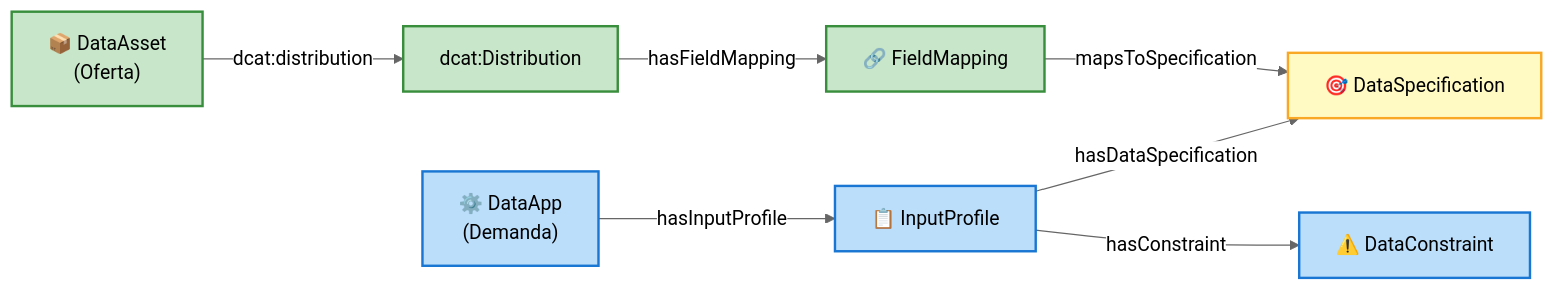
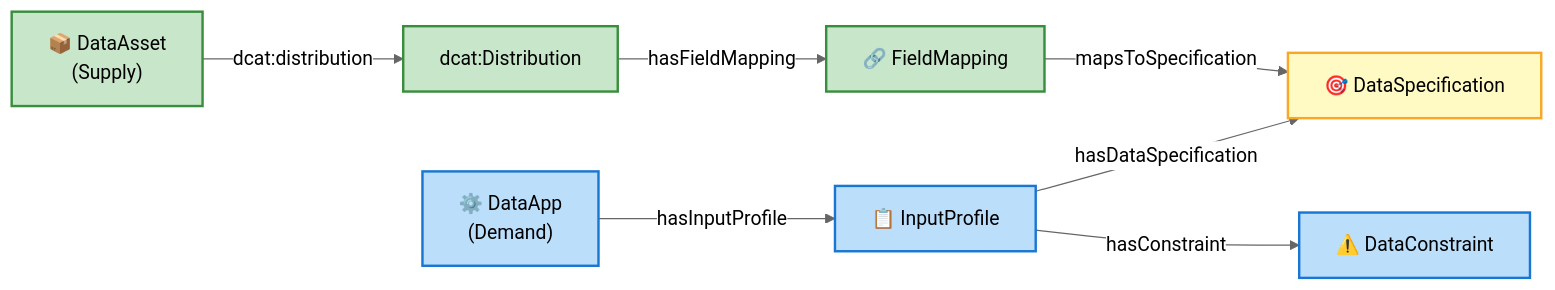
The third of 3 diagrams in docs/ONTOLOGY_OVERVIEW_DIAGRAM_ES.md (KhaosResearch/EDAAnOWL), drawn with Mermaid (neutral theme) before and after one commit. The commit also changed other lines of this file and 3 other files, not shown here.

````diff
--- a/docs/ONTOLOGY_OVERVIEW_DIAGRAM_ES.md
+++ b/docs/ONTOLOGY_OVERVIEW_DIAGRAM_ES.md
@@ -78,27 +97,27 @@
 ```mermaid
 flowchart LR
     classDef supply fill:#c8e6c9,stroke:#388e3c,stroke-width:2px
     classDef demand fill:#bbdefb,stroke:#1976d2,stroke-width:2px
     classDef bridge fill:#fff9c4,stroke:#f9a825,stroke-width:2px
 
-    Asset["📦 DataAsset<br/>(Oferta)"]
+    Asset["📦 DataAsset<br/>(Supply)"]
     Dist["dcat:Distribution"]
     Mapping["🔗 FieldMapping"]
     Spec["🎯 DataSpecification"]
     
-    App["⚙️ DataApp<br/>(Demanda)"]
+    App["⚙️ DataApp<br/>(Demand)"]
     InProf["📋 InputProfile"]
     Cons["⚠️ DataConstraint"]
 
     Asset -- "dcat:distribution" --> Dist
     Dist -- "hasFieldMapping" --> Mapping
     Mapping -- "mapsToSpecification" --> Spec
     
     App -- "hasInputProfile" --> InProf
     InProf -- "hasDataSpecification" --> Spec
     InProf -- "hasConstraint" --> Cons
 
     class Asset,Dist,Mapping supply
     class App,InProf,Cons demand
     class Spec bridge
 ```
````
